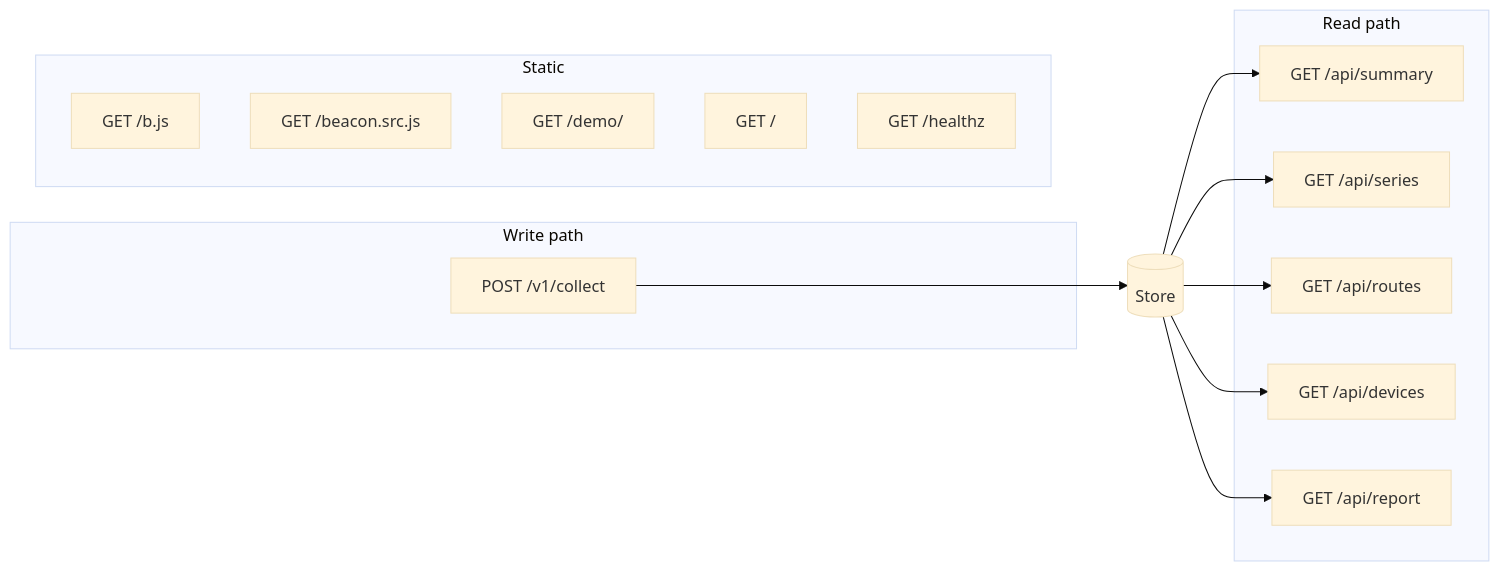
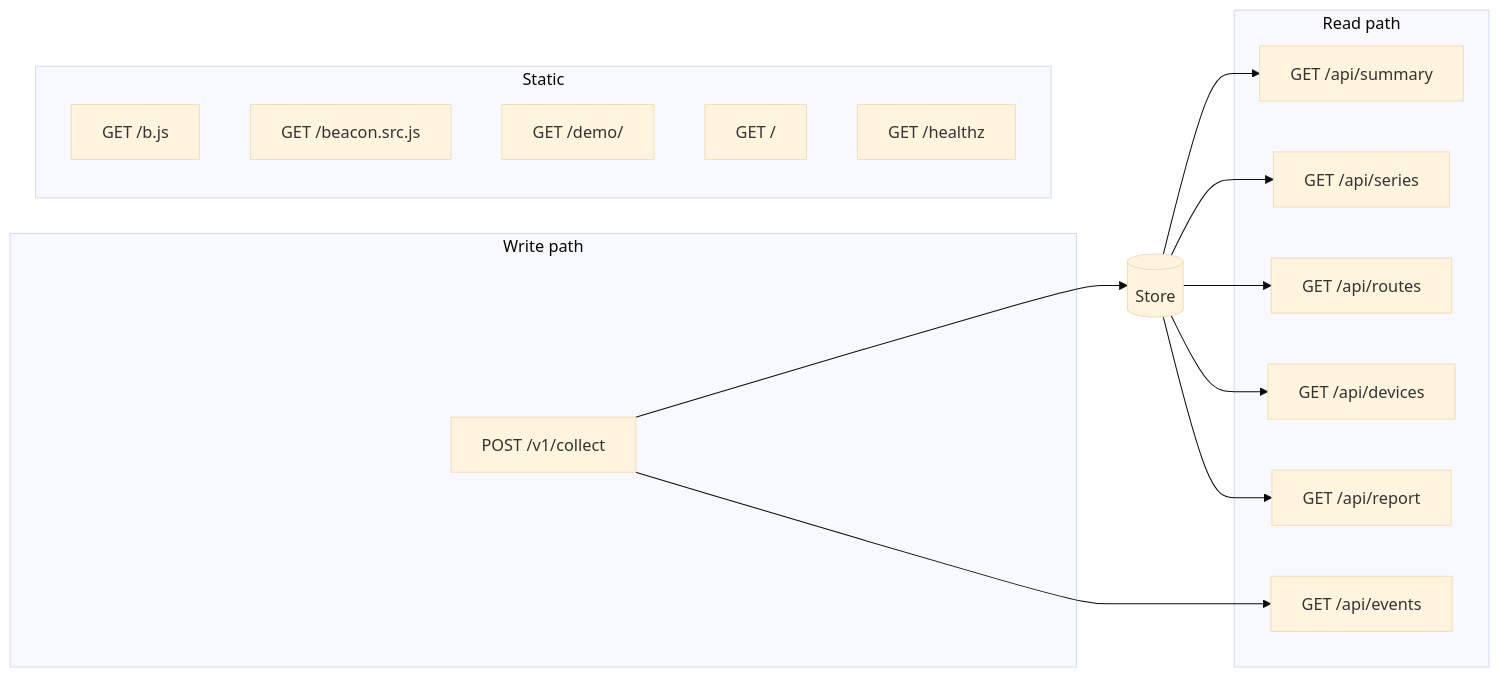
Before and after one commit to ikeshavvarshney/vitals: the diagram in docs/api.md, drawn with Mermaid (base theme). The commit also changed other lines of this file and 11 other files, not shown here.

````diff
--- a/docs/api.md
+++ b/docs/api.md
@@ -25,27 +26,29 @@
 ```mermaid
 flowchart LR
     subgraph write["Write path"]
         collect["POST /v1/collect"]
     end
     subgraph read["Read path"]
         summary["GET /api/summary"]
         series["GET /api/series"]
         routes["GET /api/routes"]
         devices["GET /api/devices"]
         report["GET /api/report"]
+        events["GET /api/events"]
     end
     subgraph assets["Static"]
         bjs["GET /b.js"]
         src["GET /beacon.src.js"]
         demo["GET /demo/"]
         root["GET /"]
         health["GET /healthz"]
     end
 
     collect --> store[("Store")]
     store --> summary
     store --> series
     store --> routes
     store --> devices
     store --> report
+    collect --> events
 ```
````
